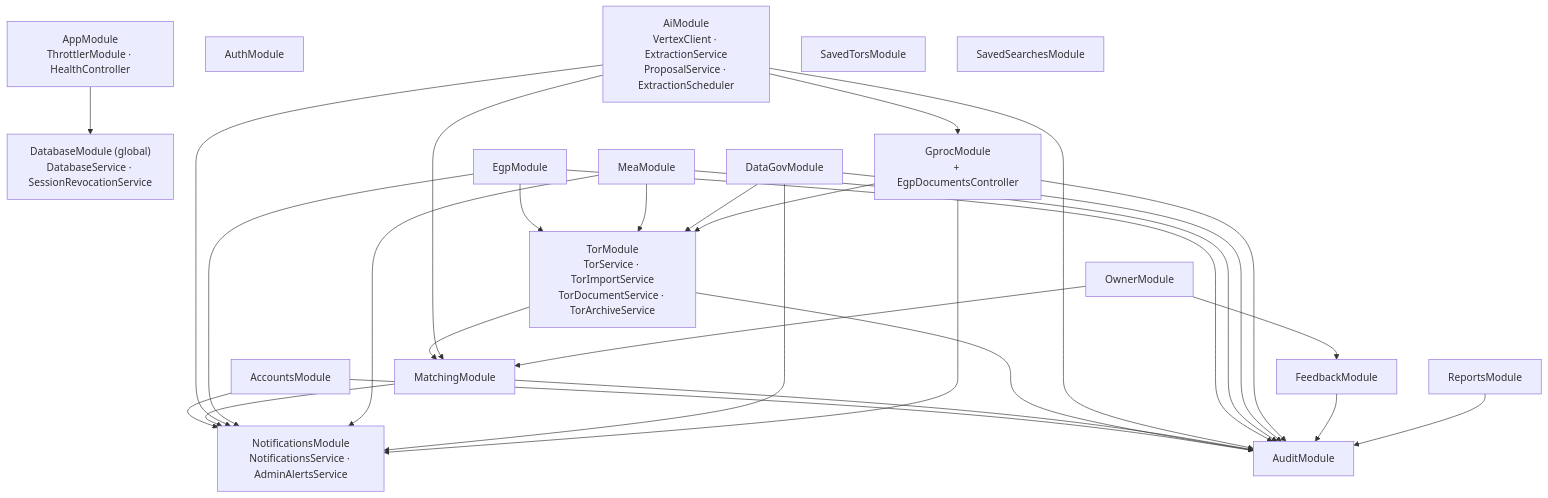
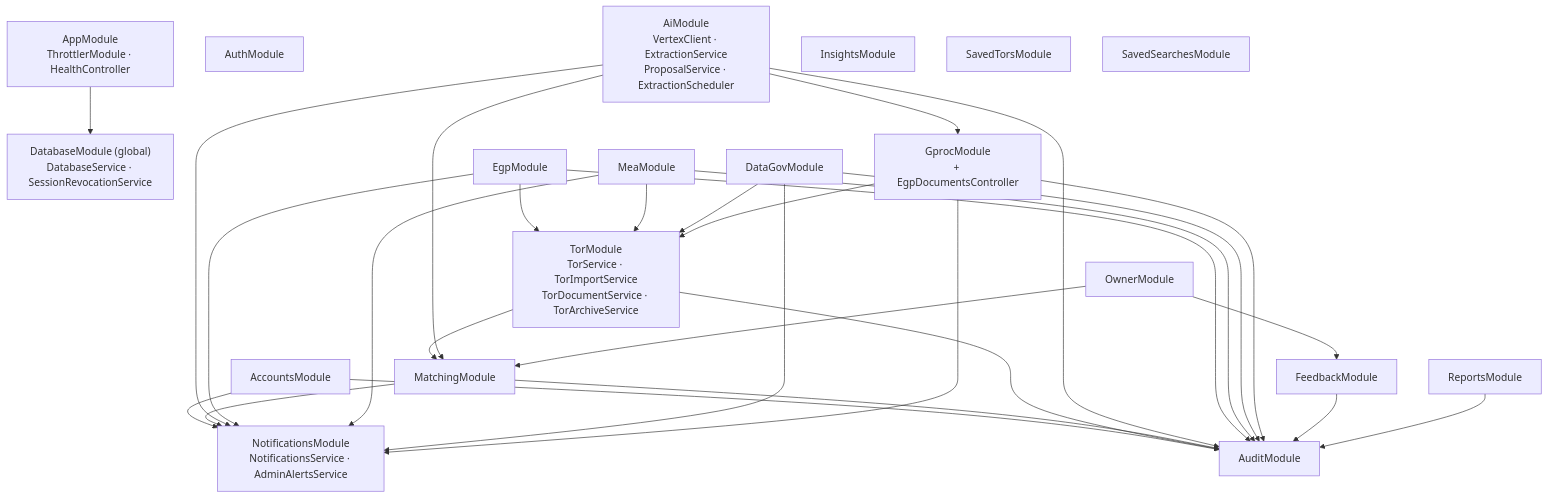
Before and after one commit to PhomMaiWai/TorFinder: the second of 2 diagrams in docs/design/system-architecture.md, drawn with Mermaid. The commit also changed 2 other files, not shown here.

Commit message:
docs: add an architecture overview with a code map and the rules a change must keep
Sits above the design diagrams: where each kind of code lives, how one TOR travels from a portal to an alert, where a given change belongs, and the invariants with where each is enforced. Also adds the new insights module to the module graph.

````diff
--- a/docs/design/system-architecture.md
+++ b/docs/design/system-architecture.md
@@ -91,35 +91,36 @@
 ```mermaid
 flowchart TB
     App["AppModule<br/>ThrottlerModule · HealthController"]
     DBM["DatabaseModule (global)<br/>DatabaseService · SessionRevocationService"]
 
     Auth["AuthModule"]
     Accounts["AccountsModule"]
     Tor["TorModule<br/>TorService · TorImportService<br/>TorDocumentService · TorArchiveService"]
     Matching["MatchingModule"]
     Ai["AiModule<br/>VertexClient · ExtractionService<br/>ProposalService · ExtractionScheduler"]
     Egp["EgpModule"]
     Mea["MeaModule"]
     DataGov["DataGovModule"]
     Gproc["GprocModule<br/>+ EgpDocumentsController"]
     Feedback["FeedbackModule"]
     Reports["ReportsModule"]
+    Insights["InsightsModule"]
     Owner["OwnerModule"]
     SavedTors["SavedTorsModule"]
     SavedSearches["SavedSearchesModule"]
     Notifications["NotificationsModule<br/>NotificationsService · AdminAlertsService"]
     Audit["AuditModule"]
 
     App --> DBM
     Accounts --> Notifications & Audit
     Tor --> Matching & Audit
     Matching --> Notifications & Audit
     Ai --> Gproc & Matching & Notifications & Audit
     Egp --> Tor & Notifications & Audit
     Mea --> Tor & Notifications & Audit
     DataGov --> Tor & Notifications & Audit
     Gproc --> Tor & Notifications & Audit
     Owner --> Matching & Feedback
     Feedback --> Audit
     Reports --> Audit
 ```
````
